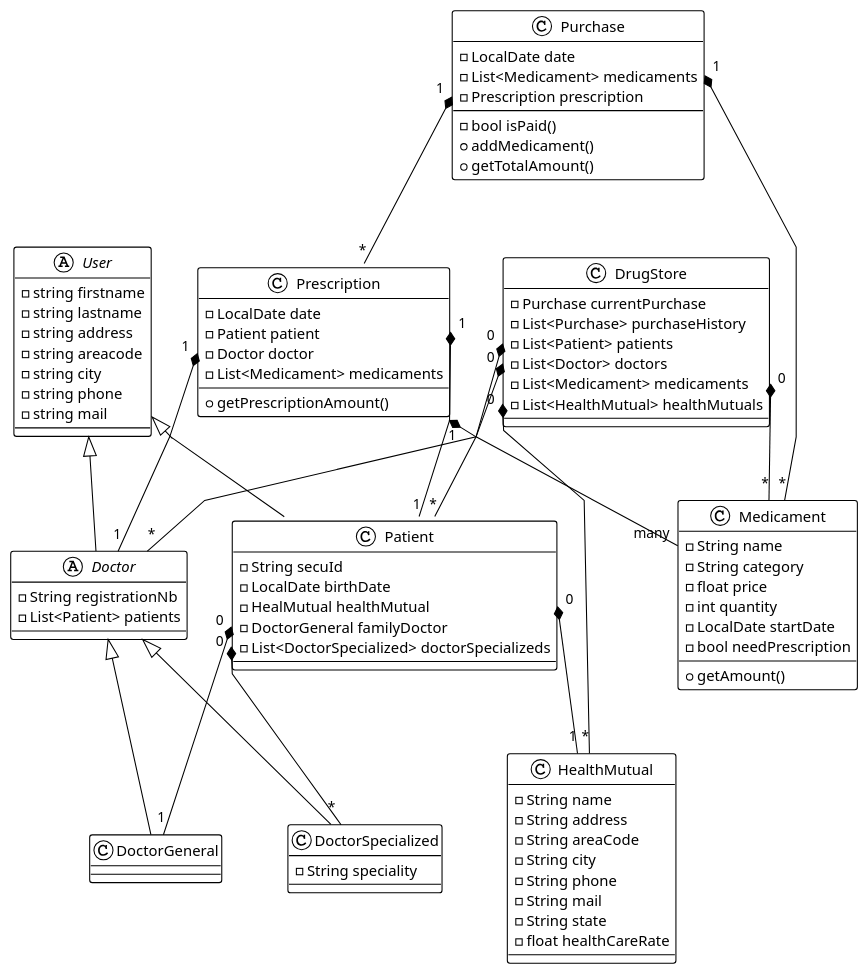
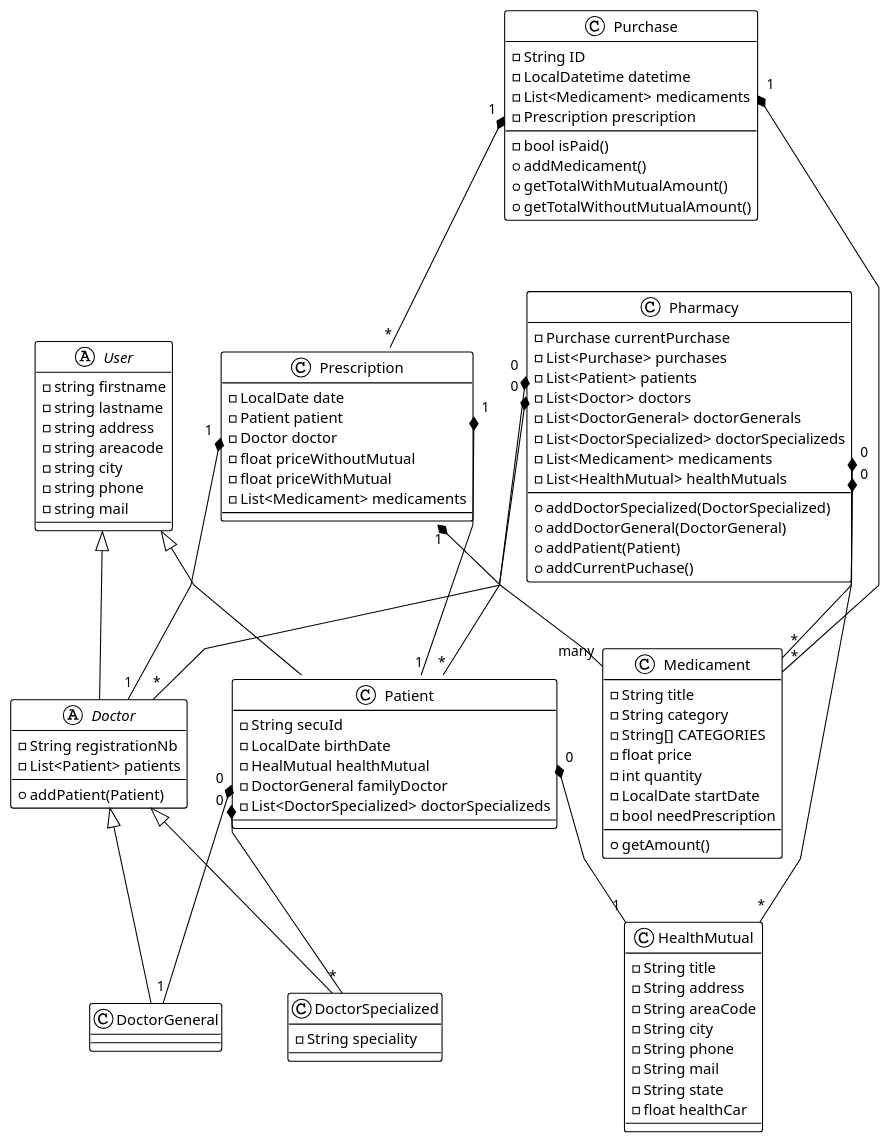
The third of 5 diagrams in analyse/diagramme_classe.puml (youcefmei/sprdrp), drawn with PlantUML before and after one commit. The commit also changed 15 other files, not shown here.

```diff
--- a/analyse/diagramme_classe.puml
+++ b/analyse/diagramme_classe.puml
@@ -24,103 +24,114 @@
 @startuml
 
 !theme plain
 top to bottom direction
 skinparam linetype polyline
 
 abstract class User {
  - string firstname
  - string lastname
  - string address
  - string areacode
  - string city
  - string phone
  - string mail
 }
 
 abstract class Doctor extends User {
  - String registrationNb
  - List<Patient> patients
+ + addPatient(Patient)
 }
 
 
 class Patient extends User{
  - String secuId
  - LocalDate birthDate 
  - HealMutual healthMutual
  - DoctorGeneral familyDoctor
  - List<DoctorSpecialized> doctorSpecializeds
 }
 
 class DoctorSpecialized extends Doctor {
  - String speciality
 }
 
 
 class DoctorGeneral extends Doctor {
 }
 
 class Medicament {
-    - String name
+    - String title
     - String category
+    - String[] CATEGORIES 
     - float price
     - int quantity
     - LocalDate startDate
     - bool needPrescription
     + getAmount()
 }
 
 class Prescription{
     - LocalDate date 
     - Patient patient 
     - Doctor doctor 
+    - float priceWithoutMutual
+    - float priceWithMutual
     - List<Medicament> medicaments
-    + getPrescriptionAmount()
 }
 
 class Purchase{
-    - LocalDate date 
+    - String ID
+    - LocalDatetime datetime 
     - List<Medicament> medicaments
     - Prescription prescription
     - bool isPaid()
     + addMedicament()
-    + getTotalAmount()
+    + getTotalWithMutualAmount()
+    + getTotalWithoutMutualAmount()
 }
 
 class HealthMutual{
-  - String name
+  - String title
   - String address
   - String areaCode
   - String city
   - String phone
   - String mail
   - String state
-  - float healthCareRate
+  - float healthCar
 }
 
-class DrugStore{
+class Pharmacy{
   - Purchase currentPurchase
-  - List<Purchase> purchaseHistory
+  - List<Purchase> purchases
   - List<Patient> patients
   - List<Doctor> doctors
+  - List<DoctorGeneral> doctorGenerals
+  - List<DoctorSpecialized> doctorSpecializeds
   - List<Medicament> medicaments
   - List<HealthMutual> healthMutuals
+  + addDoctorSpecialized(DoctorSpecialized)
+  + addDoctorGeneral(DoctorGeneral)
+  + addPatient(Patient)
+  + addCurrentPuchase()
 }
 
 
 Prescription::medicamentList "1" *-- "many" Medicament  
 Prescription::doctor "1" *-- "1" Doctor  
 Prescription::patient "1" *-- "1" Patient
 Patient::healthMutual "0" *-- "1" HealthMutual
 Patient::familyDoctor "0" *-- "1" DoctorGeneral
 Patient::doctorSpecializeds "0" *-- "*" DoctorSpecialized
 
 
-DrugStore::doctors "0" *-- "*" Doctor
-DrugStore::patients "0" *-- "*" Patient
-DrugStore::medicaments "0" *-- "*" Medicament
-DrugStore::healthMutuals "0" *-- "*" HealthMutual
+Pharmacy::doctors "0" *-- "*" Doctor
+Pharmacy::patients "0" *-- "*" Patient
+Pharmacy::medicaments "0" *-- "*" Medicament
+Pharmacy::healthMutuals "0" *-- "*" HealthMutual
 
 Purchase::medicaments "1" *-- "*" Medicament
 Purchase::prescription "1" *-- "*" Prescription
 
 @enduml
```
